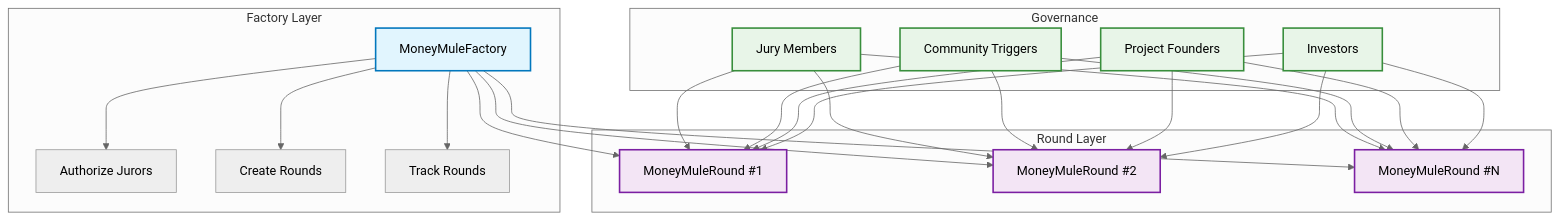
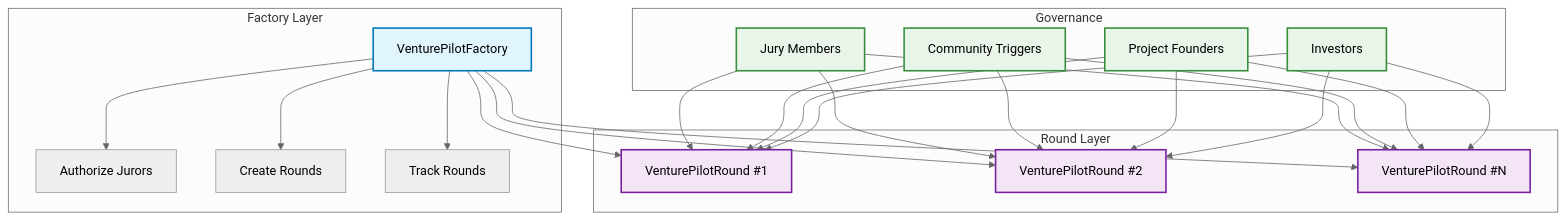
One commit to TomasDmArg/venture-pilot-contracts changed the first of 5 diagrams in README.md. Above: the diagram before and after it, drawn with Mermaid (neutral theme). The commit also changed other lines of this file, not shown here.

````diff
--- a/README.md
+++ b/README.md
@@ -26,50 +26,50 @@
 ```mermaid
 graph TB
     subgraph "Factory Layer"
-        Factory[MoneyMuleFactory]
+        Factory[VenturePilotFactory]
         Factory --> AuthorizeJurors[Authorize Jurors]
         Factory --> CreateRounds[Create Rounds]
         Factory --> TrackRounds[Track Rounds]
     end
     
     subgraph "Round Layer"
-        Round1[MoneyMuleRound #1]
-        Round2[MoneyMuleRound #2]
-        RoundN[MoneyMuleRound #N]
+        Round1[VenturePilotRound #1]
+        Round2[VenturePilotRound #2]
+        RoundN[VenturePilotRound #N]
     end
     
     subgraph "Governance"
         Jury[Jury Members]
         Community[Community Triggers]
         Founders[Project Founders]
         Investors[Investors]
     end
     
     Factory --> Round1
     Factory --> Round2
     Factory --> RoundN
     
     Jury --> Round1
     Jury --> Round2
     Jury --> RoundN
     
     Community --> Round1
     Community --> Round2
     Community --> RoundN
     
     Founders --> Round1
     Founders --> Round2
     Founders --> RoundN
     
     Investors --> Round1
     Investors --> Round2
     Investors --> RoundN
     
     classDef factory fill:#e1f5fe,stroke:#0277bd,stroke-width:2px
     classDef round fill:#f3e5f5,stroke:#7b1fa2,stroke-width:2px
     classDef governance fill:#e8f5e8,stroke:#388e3c,stroke-width:2px
     
     class Factory factory
     class Round1,Round2,RoundN round
     class Jury,Community,Founders,Investors governance
 ```
````
